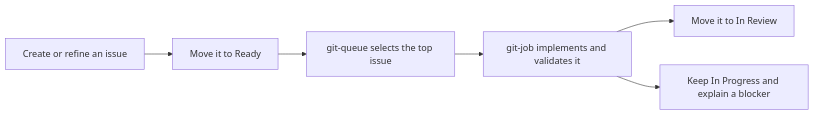
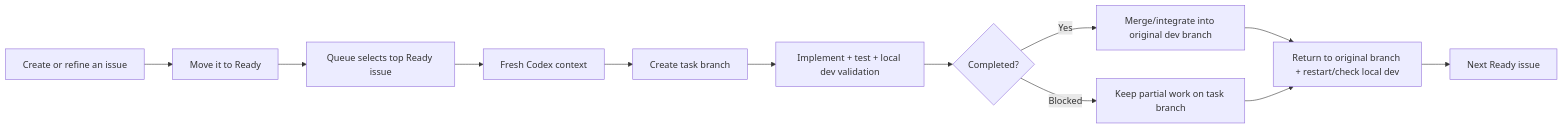
The diagram in README.md (AgencyAI-one/ai-git-task-processing-skills), drawn with Mermaid before and after one commit. The commit also changed other lines of this file, not shown here.

Commit message:
docs: document fresh-context Codex queue workflow

````diff
--- a/README.md
+++ b/README.md
@@ -28,8 +29,14 @@
 ```mermaid
 flowchart LR
     A[Create or refine an issue] --> B[Move it to Ready]
-    B --> C[git-queue selects the top issue]
-    C --> D[git-job implements and validates it]
-    D --> E[Move it to In Review]
-    D --> F[Keep In Progress and explain a blocker]
+    B --> C[Queue selects top Ready issue]
+    C --> D[Fresh Codex context]
+    D --> E[Create task branch]
+    E --> F[Implement + test + local dev validation]
+    F --> G{Completed?}
+    G -->|Yes| H[Merge/integrate into original dev branch]
+    G -->|Blocked| I[Keep partial work on task branch]
+    H --> J[Return to original branch + restart/check local dev]
+    I --> J
+    J --> K[Next Ready issue]
 ```
````
